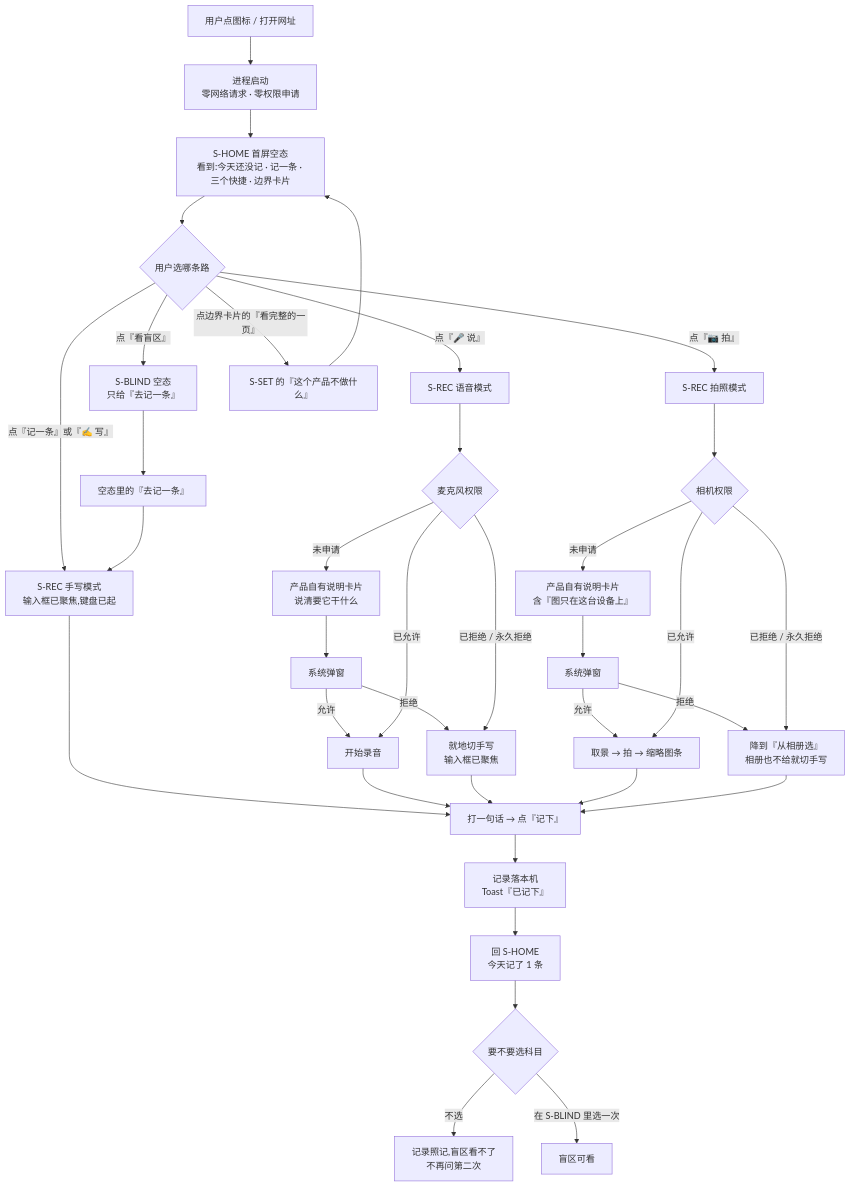
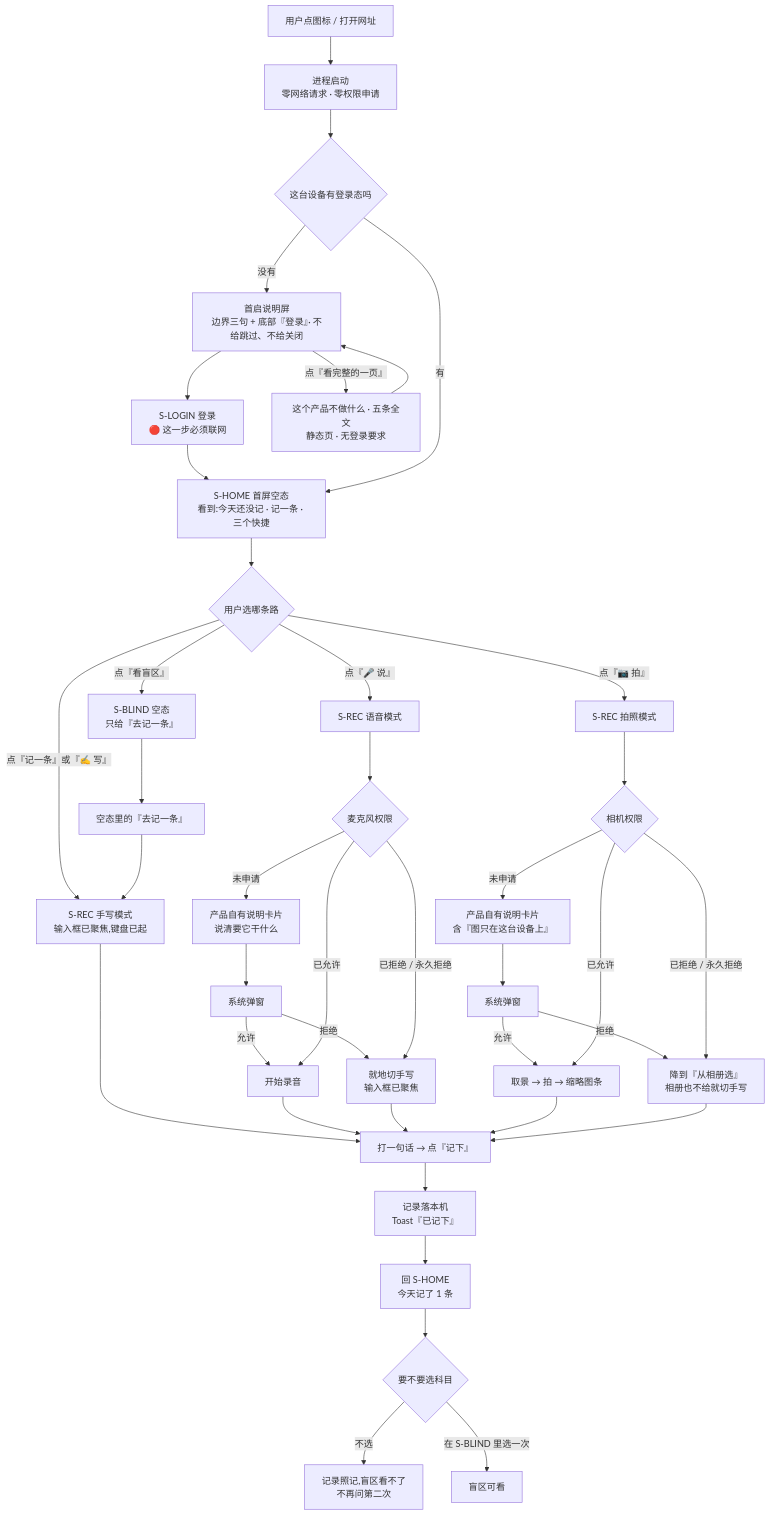
The first of 7 diagrams in docs/product/specs/首次使用与权限申请.md (chenyuanjin/kubic), drawn with Mermaid before and after one commit. The commit also changed other lines of this file and 15 other files, not shown here.

````diff
--- a/docs/product/specs/首次使用与权限申请.md
+++ b/docs/product/specs/首次使用与权限申请.md
@@ -41,43 +41,47 @@
 ```mermaid
 flowchart TD
     A["用户点图标 / 打开网址"] --> B["进程启动<br/>零网络请求 · 零权限申请"]
-    B --> C["S-HOME 首屏空态<br/>看到:今天还没记 · 记一条 · 三个快捷 · 边界卡片"]
+    B --> B1{"这台设备有登录态吗"}
+    B1 -->|"没有"| B2["首启说明屏<br/>边界三句 + 底部『登录』· 不给跳过、不给关闭"]
+    B2 --> B3["S-LOGIN 登录<br/>🔴 这一步必须联网"]
+    B3 --> C
+    B1 -->|"有"| C["S-HOME 首屏空态<br/>看到:今天还没记 · 记一条 · 三个快捷"]
     C --> D{"用户选哪条路"}
 
     D -->|"点『记一条』或『✍️ 写』"| E1["S-REC 手写模式<br/>输入框已聚焦,键盘已起"]
     D -->|"点『🎤 说』"| E2["S-REC 语音模式"]
     D -->|"点『📷 拍』"| E3["S-REC 拍照模式"]
-    D -->|"点边界卡片的『看完整的一页』"| F["S-SET 的『这个产品不做什么』"]
     D -->|"点『看盲区』"| G["S-BLIND 空态<br/>只给『去记一条』"]
+    B2 -->|"点『看完整的一页』"| F["这个产品不做什么 · 五条全文<br/>静态页 · 无登录要求"]
+    F --> B2
 
     E1 --> H["打一句话 → 点『记下』"]
 
     E2 --> P1{"麦克风权限"}
     P1 -->|"未申请"| Q1["产品自有说明卡片<br/>说清要它干什么"]
     Q1 --> R1["系统弹窗"]
     R1 -->|"允许"| S1["开始录音"]
     R1 -->|"拒绝"| T1["就地切手写<br/>输入框已聚焦"]
     P1 -->|"已允许"| S1
     P1 -->|"已拒绝 / 永久拒绝"| T1
     S1 --> H
     T1 --> H
 
     E3 --> P2{"相机权限"}
     P2 -->|"未申请"| Q2["产品自有说明卡片<br/>含『图只在这台设备上』"]
     Q2 --> R2["系统弹窗"]
     R2 -->|"允许"| S2["取景 → 拍 → 缩略图条"]
     R2 -->|"拒绝"| T2["降到『从相册选』<br/>相册也不给就切手写"]
     P2 -->|"已允许"| S2
     P2 -->|"已拒绝 / 永久拒绝"| T2
     S2 --> H
     T2 --> H
 
     H --> I["记录落本机<br/>Toast『已记下』"]
     I --> J["回 S-HOME<br/>今天记了 1 条"]
     J --> K{"要不要选科目"}
     K -->|"不选"| L["记录照记,盲区看不了<br/>不再问第二次"]
     K -->|"在 S-BLIND 里选一次"| M["盲区可看"]
 
     G --> N["空态里的『去记一条』"] --> E1
-    F --> C
 ```
````
